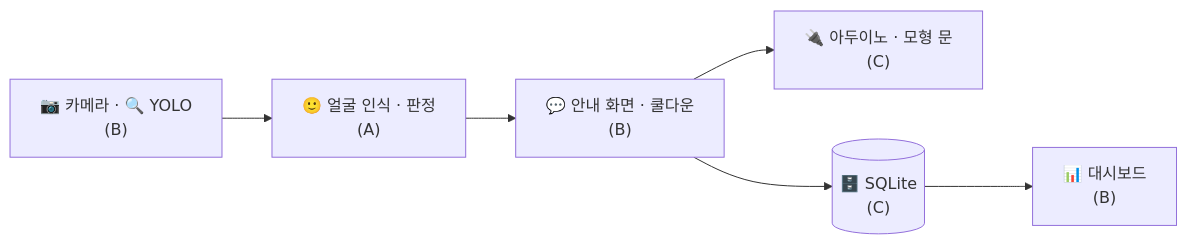
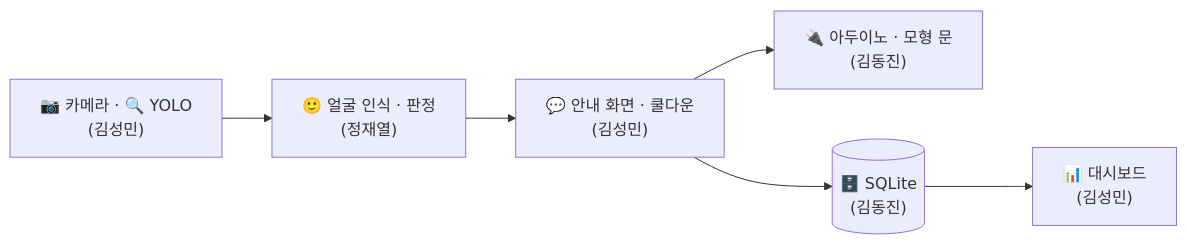
Before and after one commit to VisitorVerification/VisitorVerification: the diagram in README.md, drawn with Mermaid.

Commit message:
README Commit

````diff
--- a/README.md
+++ b/README.md
@@ -3,8 +3,8 @@
 ```mermaid
 flowchart LR
-    S1["📷 카메라 · 🔍 YOLO<br/>(B)"] --> S2["🙂 얼굴 인식 · 판정<br/>(A)"]
-    S2 --> S3["💬 안내 화면 · 쿨다운<br/>(B)"]
-    S3 --> S4["🔌 아두이노 · 모형 문<br/>(C)"]
-    S3 --> S5[("🗄️ SQLite<br/>(C)")]
-    S5 --> S6["📊 대시보드<br/>(B)"]
+    S1["📷 카메라 · 🔍 YOLO<br/>(김성민)"] --> S2["🙂 얼굴 인식 · 판정<br/>(정재열)"]
+    S2 --> S3["💬 안내 화면 · 쿨다운<br/>(김성민)"]
+    S3 --> S4["🔌 아두이노 · 모형 문<br/>(김동진)"]
+    S3 --> S5[("🗄️ SQLite<br/>(김동진)")]
+    S5 --> S6["📊 대시보드<br/>(김성민)"]
 ```
````
